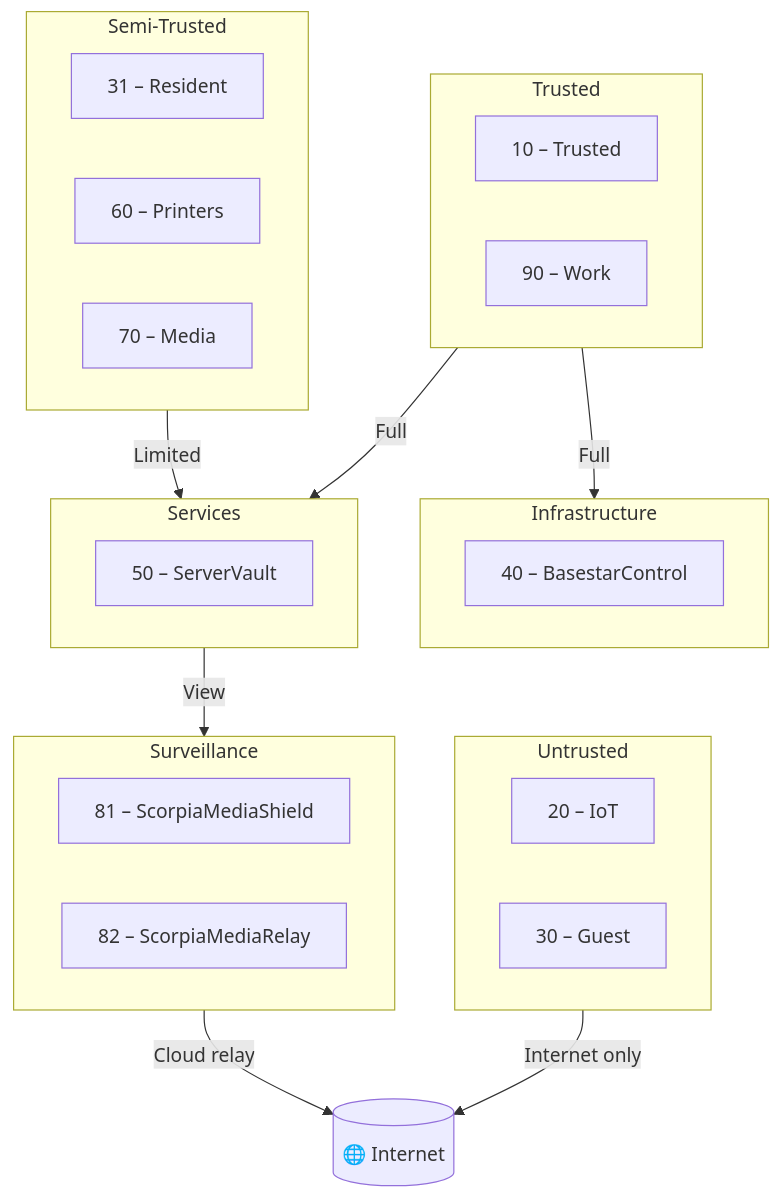
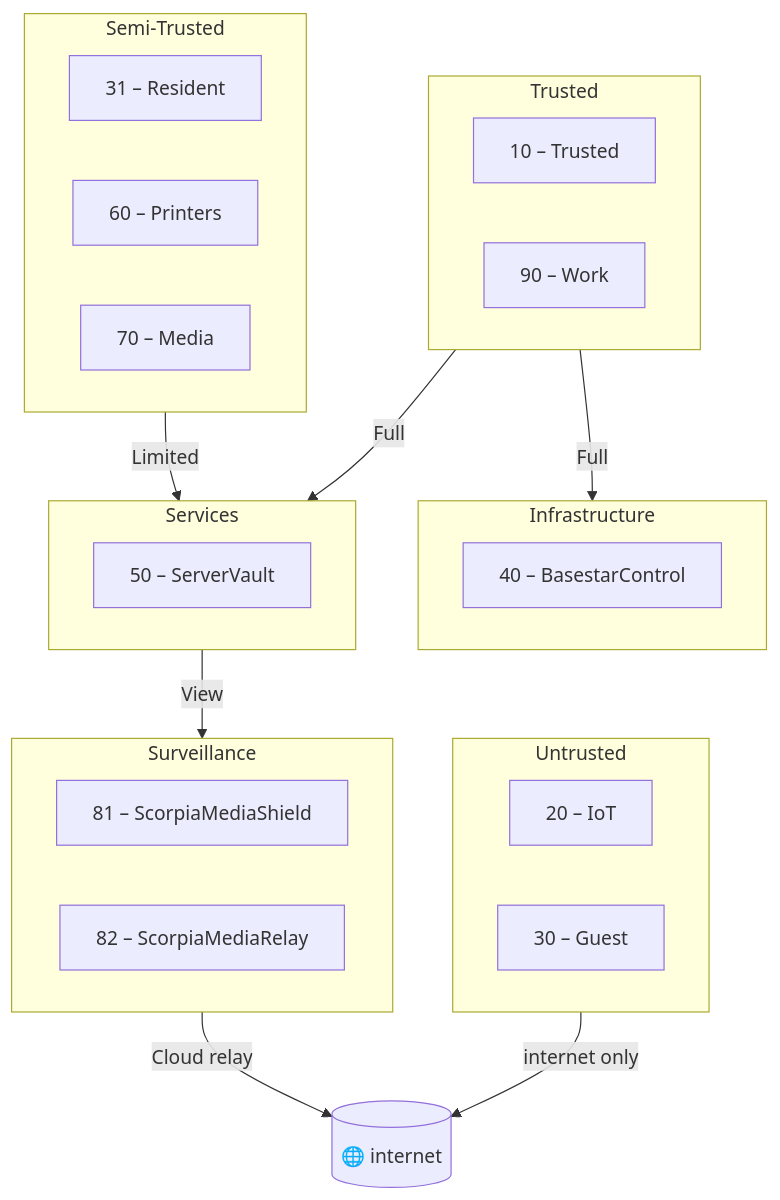
Before and after one commit to th3Wheel/Battlestar-Ventana-Network-Blueprint: the diagram in docs/Project_Architecture_Blueprint.md, drawn with Mermaid. The commit also changed other lines of this file and 3 other files, not shown here.

````diff
--- a/docs/Project_Architecture_Blueprint.md
+++ b/docs/Project_Architecture_Blueprint.md
@@ -68,35 +68,35 @@
 ```mermaid
 flowchart TB
   subgraph Trusted[Trusted]
     V10[10 – Trusted]
     V90[90 – Work]
   end
   subgraph SemiTrusted[Semi‑Trusted]
     V31[31 – Resident]
     V60[60 – Printers]
     V70[70 – Media]
   end
   subgraph Untrusted[Untrusted]
     V20[20 – IoT]
     V30[30 – Guest]
   end
   subgraph Services[Services]
     V50[50 – ServerVault]
   end
   subgraph Infra[Infrastructure]
     V40[40 – BasestarControl]
   end
   subgraph Surveillance[Surveillance]
     V81[81 – ScorpiaMediaShield]
     V82[82 – ScorpiaMediaRelay]
   end
 
-  Internet[(🌐 Internet)]
+  internet[(🌐 internet)]
 
-  Untrusted -- Internet only --> Internet
+  Untrusted -- internet only --> internet
   SemiTrusted -- Limited --> Services
   Trusted -- Full --> Services
   Trusted -- Full --> Infra
   Services -- View --> Surveillance
-  Surveillance -- Cloud relay --> Internet
+  Surveillance -- Cloud relay --> internet
 ```
````
